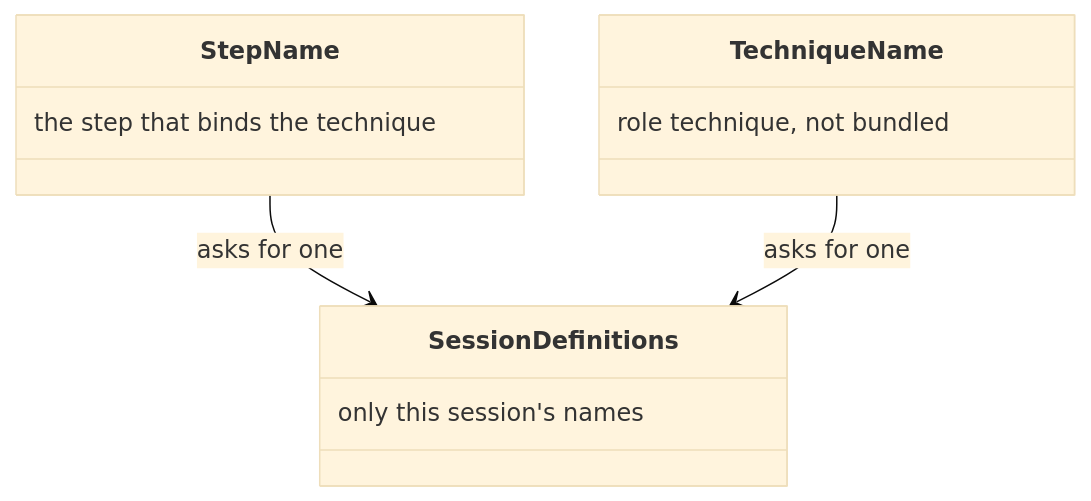
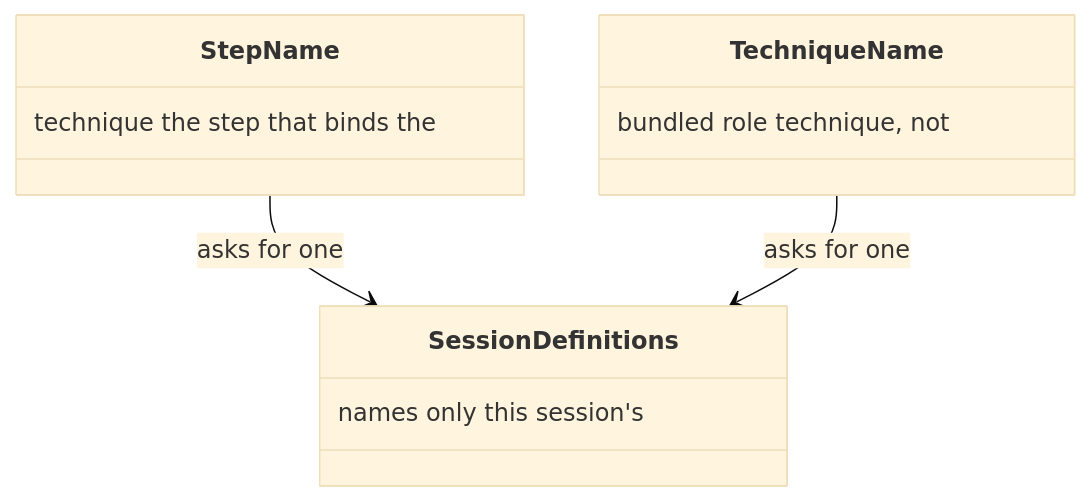
Before and after one commit to m2ux/workflow-server: the tenth of 26 diagrams in docs/delivery.md, drawn with Mermaid (base theme). The commit also changed other lines of this file and 13 other files, not shown here.

````diff
--- a/docs/delivery.md
+++ b/docs/delivery.md
@@ -176,14 +176,14 @@
 ```mermaid
 classDiagram
   class StepName {
-    the step that binds the technique
+    technique the step that binds the
   }
   class TechniqueName {
-    role technique, not bundled
+    bundled role technique, not
   }
   class SessionDefinitions {
-    only this session's names
+    names only this session's
   }
   StepName --> SessionDefinitions : asks for one
   TechniqueName --> SessionDefinitions : asks for one
 ```
````
